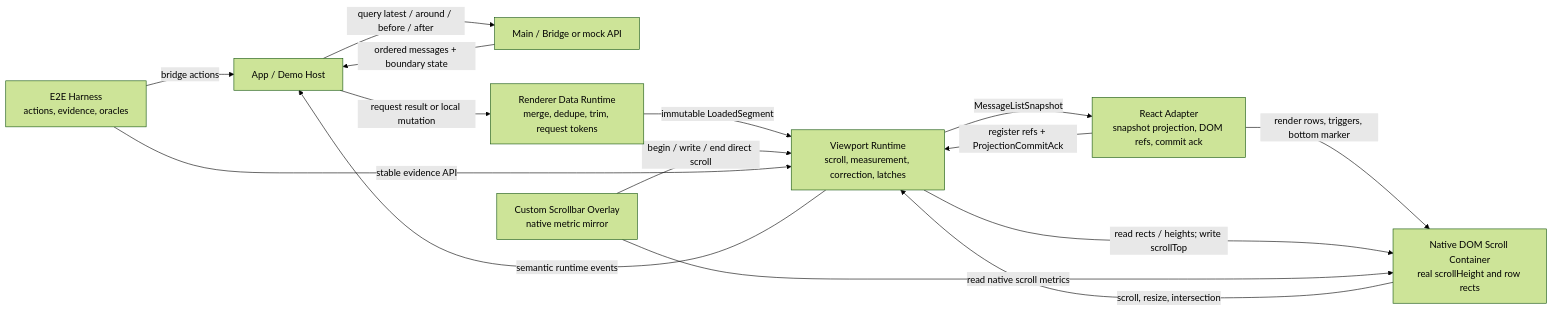
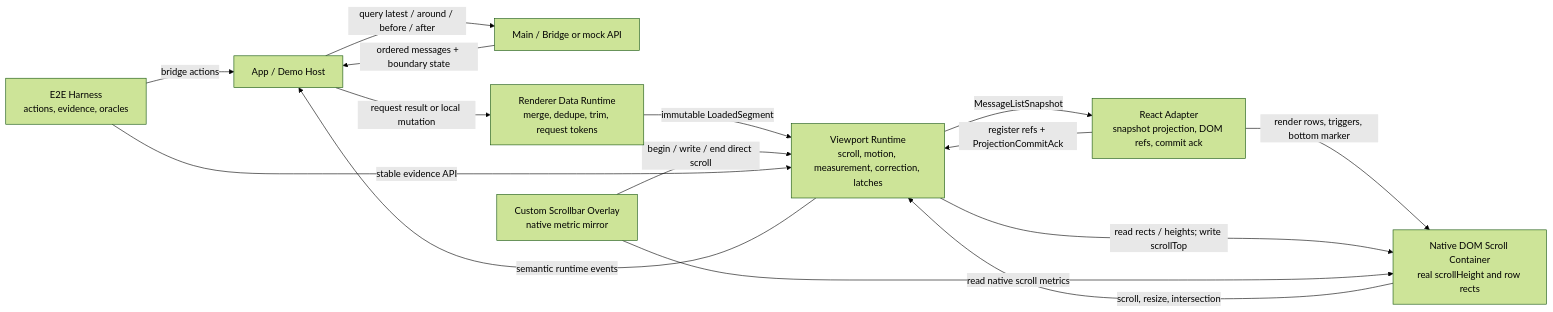
The first of 2 diagrams in docs/graph/module-boundaries.md (LouisGo/XMessageList), drawn with Mermaid (forest theme) before and after one commit. The commit also changed other lines of this file and 42 other files, not shown here.

````diff
--- a/docs/graph/module-boundaries.md
+++ b/docs/graph/module-boundaries.md
@@ -5,26 +5,26 @@
 ```mermaid
 flowchart LR
   Host["App / Demo Host"]
   Source["Main / Bridge or mock API"]
   Data["Renderer Data Runtime<br/>merge, dedupe, trim, request tokens"]
-  Runtime["Viewport Runtime<br/>scroll, measurement, correction, latches"]
+  Runtime["Viewport Runtime<br/>scroll, motion, measurement, correction, latches"]
   React["React Adapter<br/>snapshot projection, DOM refs, commit ack"]
   DOM["Native DOM Scroll Container<br/>real scrollHeight and row rects"]
   Overlay["Custom Scrollbar Overlay<br/>native metric mirror"]
   E2E["E2E Harness<br/>actions, evidence, oracles"]
 
   Host -->|"query latest / around / before / after"| Source
   Source -->|"ordered messages + boundary state"| Host
   Host -->|"request result or local mutation"| Data
   Data -->|"immutable LoadedSegment"| Runtime
   Runtime -->|"MessageListSnapshot"| React
   React -->|"render rows, triggers, bottom marker"| DOM
   React -->|"register refs + ProjectionCommitAck"| Runtime
   Runtime -->|"read rects / heights; write scrollTop"| DOM
   DOM -->|"scroll, resize, intersection"| Runtime
   Runtime -->|"semantic runtime events"| Host
   Overlay -->|"begin / write / end direct scroll"| Runtime
   Overlay -->|"read native scroll metrics"| DOM
   E2E -->|"bridge actions"| Host
   E2E -->|"stable evidence API"| Runtime
 ```
````
